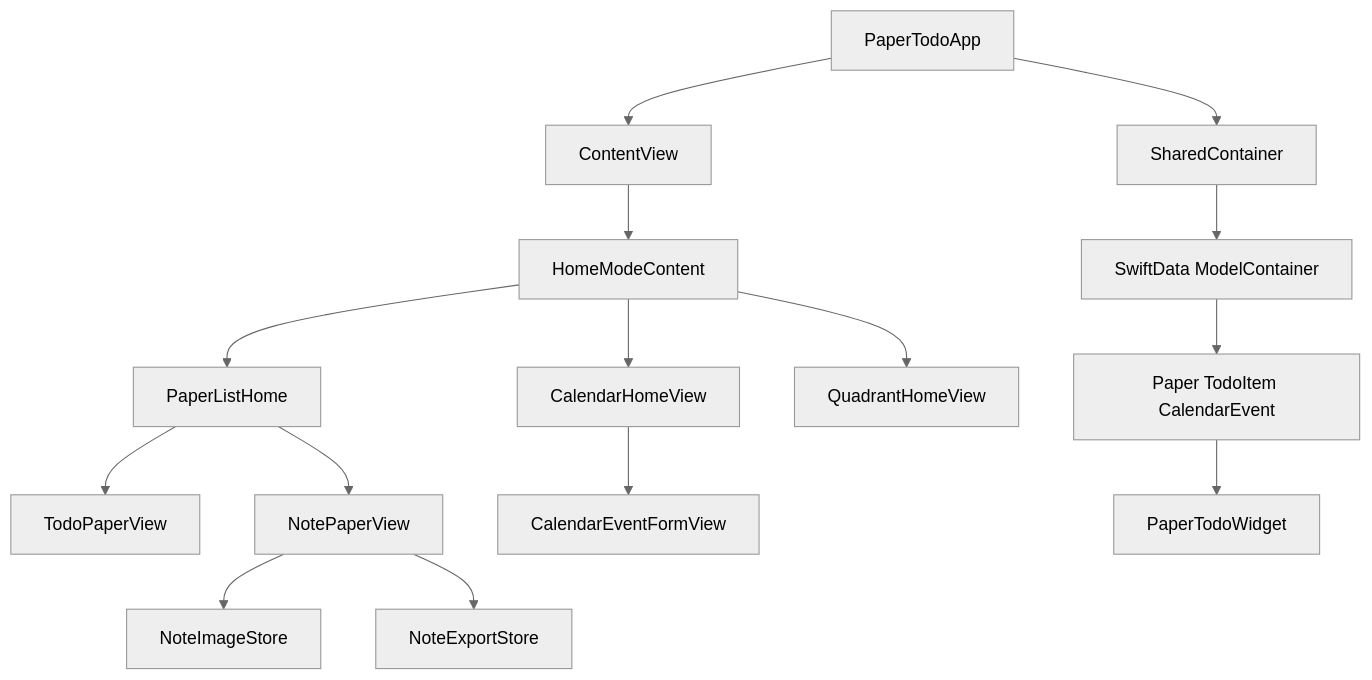
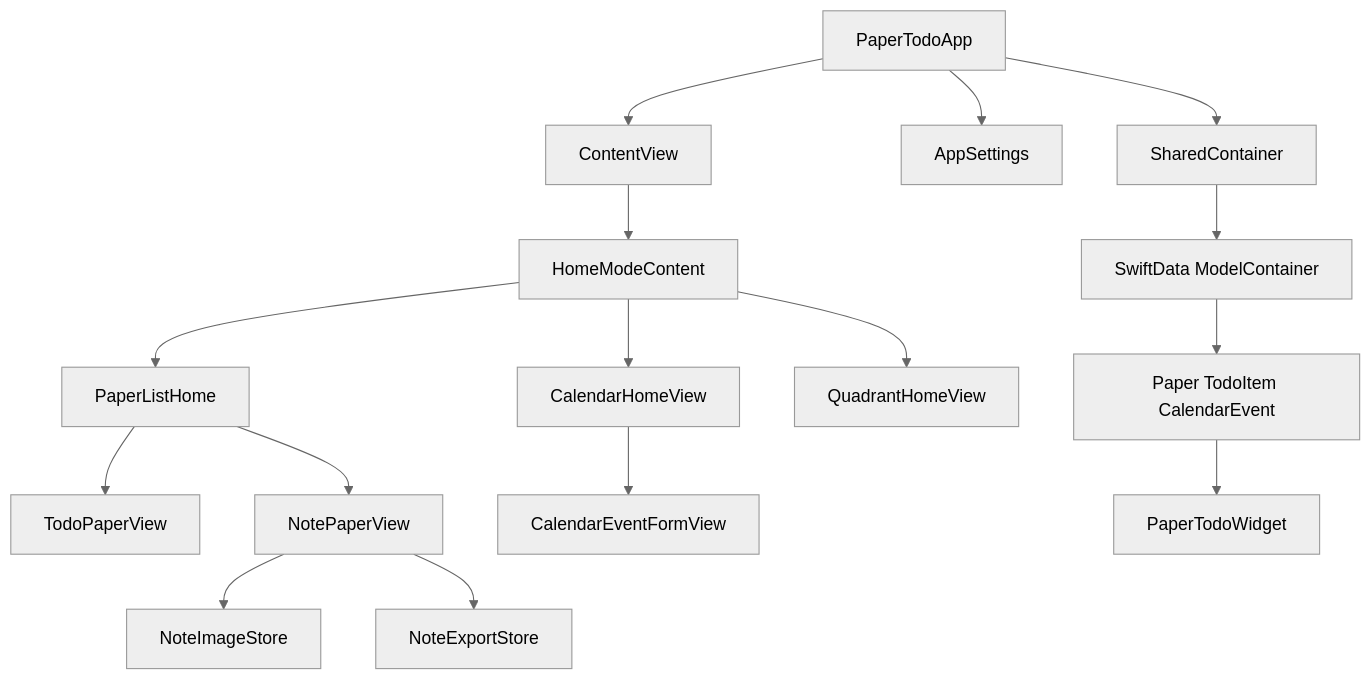
Before and after one commit to joeshu/joeshu: the diagram in .monkeycode/docs/ARCHITECTURE.md, drawn with Mermaid (neutral theme). The commit also changed other lines of this file and 5 other files, not shown here.

````diff
--- a/.monkeycode/docs/ARCHITECTURE.md
+++ b/.monkeycode/docs/ARCHITECTURE.md
@@ -48,17 +5,18 @@
 ```mermaid
 graph TD
     A["PaperTodoApp"] --> C["SharedContainer"]
+    A --> S["AppSettings"]
     A --> H["ContentView"]
     H --> L["HomeModeContent"]
     L --> P["PaperListHome"]
     L --> M["CalendarHomeView"]
     L --> Q["QuadrantHomeView"]
     P --> T["TodoPaperView"]
     P --> N["NotePaperView"]
     M --> E["CalendarEventFormView"]
     N --> I["NoteImageStore"]
     N --> X["NoteExportStore"]
     C --> D["SwiftData ModelContainer"]
     D --> O["Paper TodoItem CalendarEvent"]
     O --> W["PaperTodoWidget"]
 ```
````
